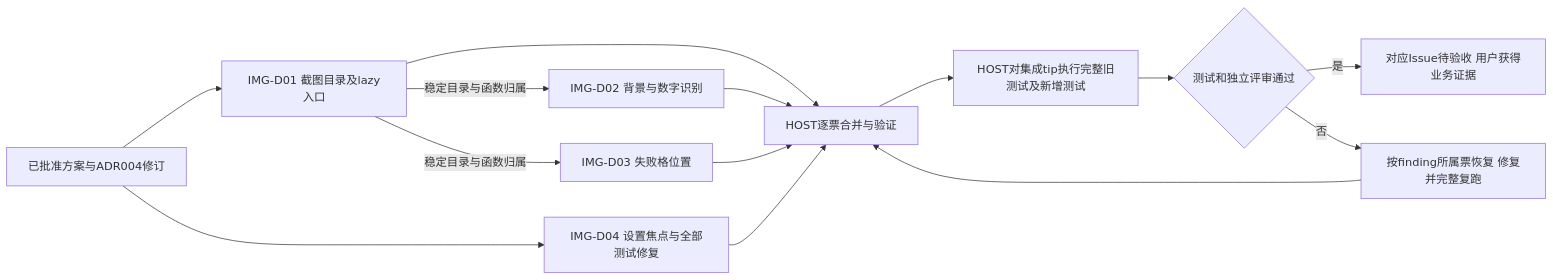
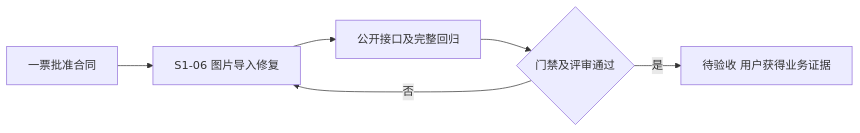
The diagram in docs/01_sprint记录/sprint01/00-联合方案决策/2026-10-07/Issue-DAG.md (jaried/shudu), drawn with Mermaid before and after one commit. The commit also changed other lines of this file and 35 other files, not shown here.

Commit message:
docs: 发布一票图片导入修复方案

````diff
--- a/docs/01_sprint记录/sprint01/00-联合方案决策/2026-10-07/Issue-DAG.md
+++ b/docs/01_sprint记录/sprint01/00-联合方案决策/2026-10-07/Issue-DAG.md
@@ -5,16 +5,8 @@
 ```mermaid
 flowchart LR
-  A[已批准方案与ADR004修订] --> D1[IMG-D01 截图目录及lazy入口]
-  A --> D4[IMG-D04 设置焦点与全部测试修复]
-  D1 -- 稳定目录与函数归属 --> D2[IMG-D02 背景与数字识别]
-  D1 -- 稳定目录与函数归属 --> D3[IMG-D03 失败格位置]
-  D1 --> H[HOST逐票合并与验证]
-  D2 --> H
-  D3 --> H
-  D4 --> H
-  H --> G[HOST对集成tip执行完整旧测试及新增测试]
-  G --> R{测试和独立评审通过}
-  R -- 是 --> W[对应Issue待验收 用户获得业务证据]
-  R -- 否 --> F[按finding所属票恢复 修复并完整复跑]
-  F --> H
+  A[一票批准合同] --> B[S1-06 图片导入修复]
+  B --> C[公开接口及完整回归]
+  C --> D{门禁及评审通过}
+  D -- 否 --> B
+  D -- 是 --> E[待验收 用户获得业务证据]
 ```
````
